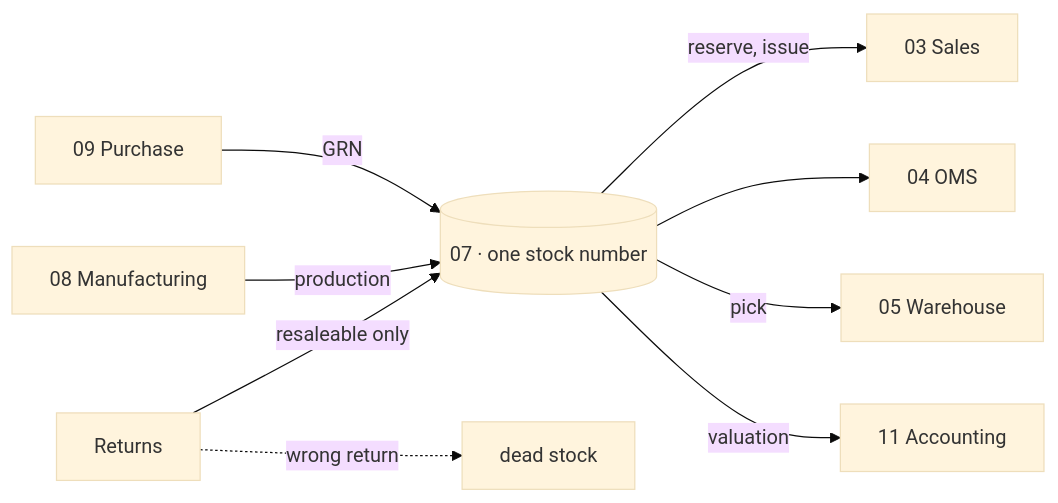
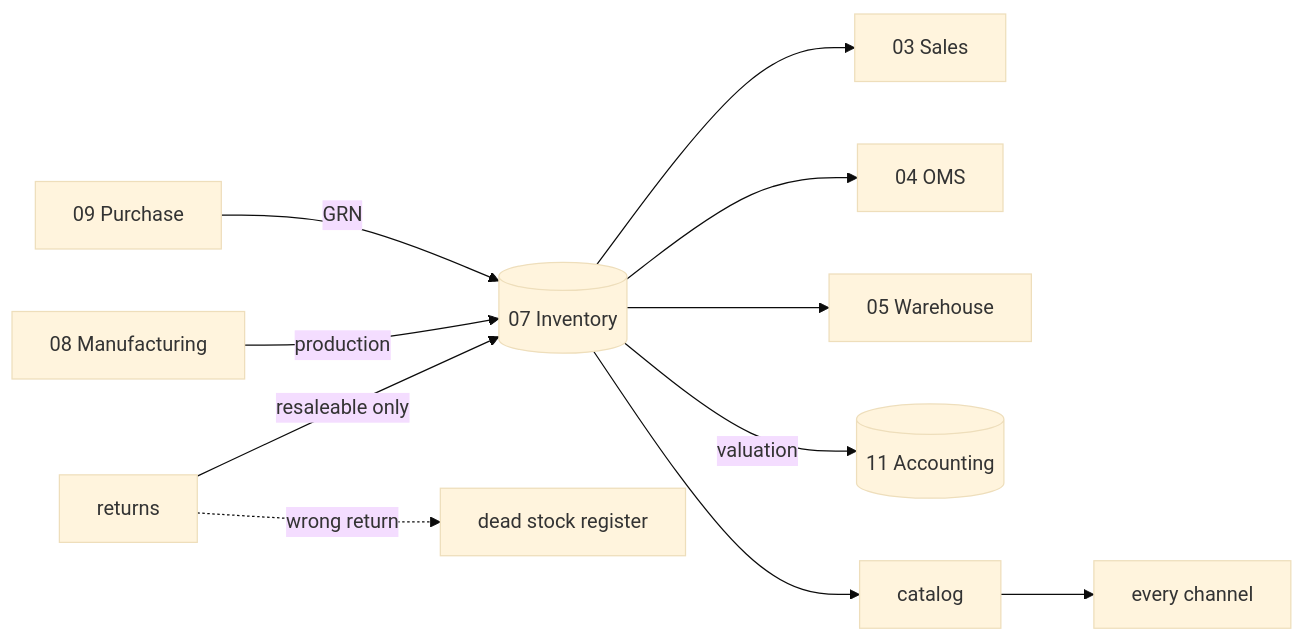
The eighth of 17 diagrams in PLAN_OF_ACTION.md (vastrangam/AI_Content_Engine), drawn with Mermaid (base theme) before and after one commit. The commit also changed other lines of this file and 1 other file, not shown here.

First line of the commit message:
Build order is 01 to 16, in sequence — stop reordering it

````diff
--- a/PLAN_OF_ACTION.md
+++ b/PLAN_OF_ACTION.md
@@ -288,11 +370,12 @@
 ```mermaid
 flowchart LR
-    P[09 Purchase] -->|GRN| INV[(07 · one stock number)]
-    MF[08 Manufacturing] -->|production| INV
-    INV -->|reserve, issue| S[03 Sales]
-    INV --> O[04 OMS]
-    INV -->|pick| W[05 Warehouse]
-    INV -->|valuation| A[11 Accounting]
-    R[Returns] -->|resaleable only| INV
-    R -.wrong return.->D[dead stock]
+  P[09 Purchase] -->|GRN| INV[(07 Inventory)]
+  MF[08 Manufacturing] -->|production| INV
+  INV --> S[03 Sales]
+  INV --> O[04 OMS]
+  INV --> W[05 Warehouse]
+  INV -->|valuation| GL[(11 Accounting)]
+  R[returns] -->|resaleable only| INV
+  R -.wrong return.-> DEAD[dead stock register]
+  INV --> PIM[catalog] --> CH[every channel]
 ```
````
